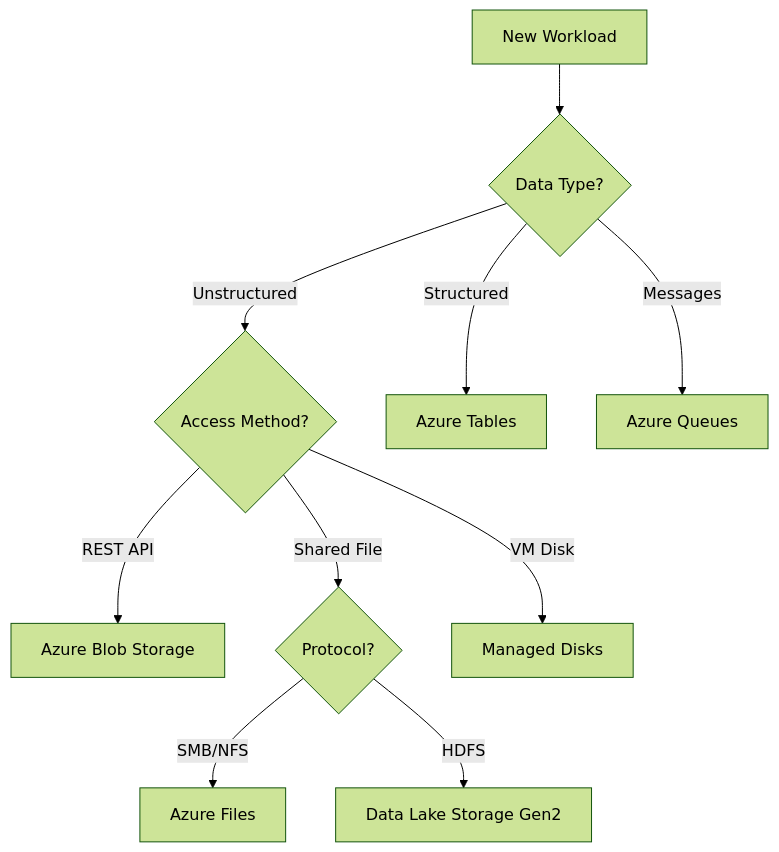
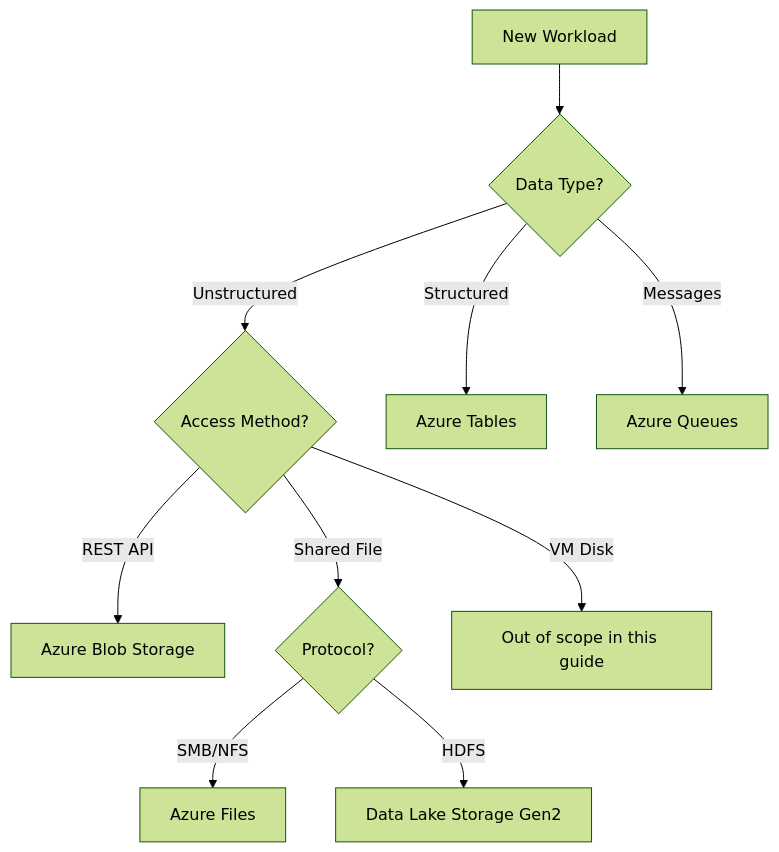
The diagram in docs/reference/storage-service-selection-guide.md (yeongseon/azure-storage-practical-guide), drawn with Mermaid (forest theme) before and after one commit. The commit also changed other lines of this file and 53 other files, not shown here.

````diff
--- a/docs/reference/storage-service-selection-guide.md
+++ b/docs/reference/storage-service-selection-guide.md
@@ -18,14 +20,14 @@
 ```mermaid
 graph TD
     Start[New Workload] --> Unstruct{Data Type?}
     Unstruct -->|Unstructured| Access{Access Method?}
     Unstruct -->|Structured| NoSQL[Azure Tables]
     Unstruct -->|Messages| Queue[Azure Queues]
     
     Access -->|REST API| Blobs[Azure Blob Storage]
     Access -->|Shared File| Protocol{Protocol?}
-    Access -->|VM Disk| Disks[Managed Disks]
+    Access -->|VM Disk| Out[Out of scope in this guide]
     
     Protocol -->|SMB/NFS| Files[Azure Files]
     Protocol -->|HDFS| ADLS[Data Lake Storage Gen2]
 ```
````
